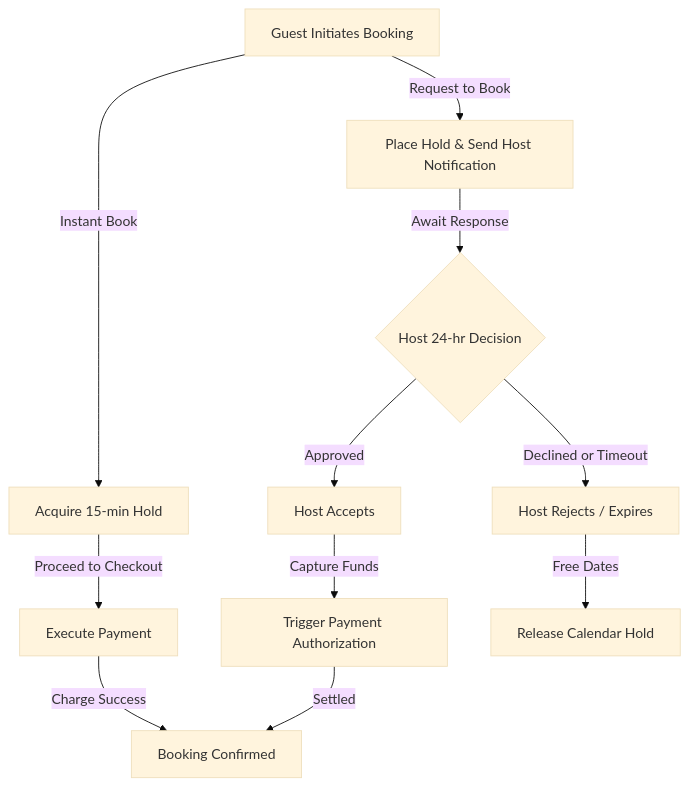
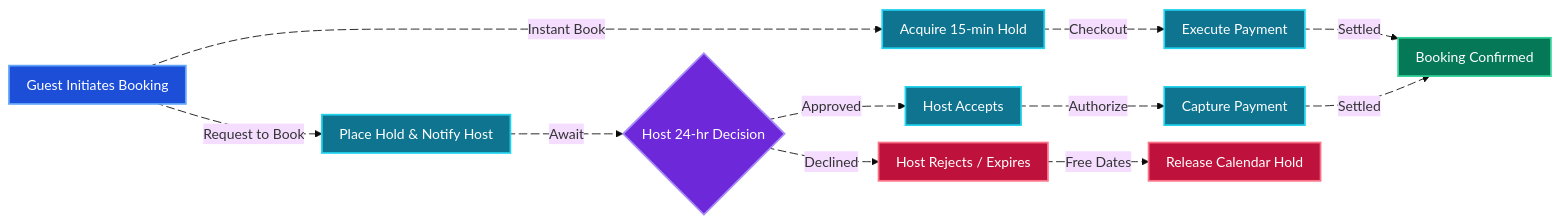
One commit to tarunbatta/tech-interview-prep changed the fifth of 5 diagrams in system-design/airbnb.md. Above: the diagram before and after it, drawn with Mermaid (base theme). The commit also changed other lines of this file and 30 other files, not shown here.

First line of the commit message:
docs(system-design): convert Mermaid flowcharts to LR with colors and animated edges

````diff
--- a/system-design/airbnb.md
+++ b/system-design/airbnb.md
@@ -347,23 +415,47 @@
 ```mermaid
-flowchart TD
+%%{init: {'flowchart': {'nodeSpacing': 20, 'rankSpacing': 40, 'padding': 10}}}%%
+flowchart LR
     Start["Guest Initiates Booking"]
     Hold15["Acquire 15-min Hold"]
     Pay["Execute Payment"]
     Confirmed["Booking Confirmed"]
-    HoldNotif["Place Hold & Send Host Notification"]
+    HoldNotif["Place Hold & Notify Host"]
     Decision{"Host 24-hr Decision"}
     Accept["Host Accepts"]
     Reject["Host Rejects / Expires"]
-    AuthPay["Trigger Payment Authorization"]
+    AuthPay["Capture Payment"]
     Release["Release Calendar Hold"]
-    Start -->|"Instant Book"| Hold15
-    Hold15 -->|"Proceed to Checkout"| Pay
-    Pay -->|"Charge Success"| Confirmed
-    Start -->|"Request to Book"| HoldNotif
-    HoldNotif -->|"Await Response"| Decision
-    Decision -->|"Approved"| Accept
-    Decision -->|"Declined or Timeout"| Reject
-    Accept -->|"Capture Funds"| AuthPay
-    AuthPay -->|"Settled"| Confirmed
-    Reject -->|"Free Dates"| Release
+    Start e1@-->|"Instant Book"| Hold15
+    Hold15 e2@-->|"Checkout"| Pay
+    Pay e3@-->|"Settled"| Confirmed
+    Start e4@-->|"Request to Book"| HoldNotif
+    HoldNotif e5@-->|"Await"| Decision
+    Decision e6@-->|"Approved"| Accept
+    Decision e7@-->|"Declined"| Reject
+    Accept e8@-->|"Authorize"| AuthPay
+    AuthPay e9@-->|"Settled"| Confirmed
+    Reject e10@-->|"Free Dates"| Release
+
+    e1@{ animate: true }
+    e2@{ animate: true }
+    e3@{ animate: true }
+    e4@{ animate: true }
+    e5@{ animate: true }
+    e6@{ animate: true }
+    e7@{ animate: true }
+    e8@{ animate: true }
+    e9@{ animate: true }
+    e10@{ animate: true }
+
+    classDef start fill:#1d4ed8,stroke:#60a5fa,stroke-width:2px,color:#ffffff
+    classDef step fill:#0e7490,stroke:#22d3ee,stroke-width:2px,color:#ffffff
+    classDef decision fill:#6d28d9,stroke:#a78bfa,stroke-width:2px,color:#ffffff
+    classDef success fill:#047857,stroke:#34d399,stroke-width:2px,color:#ffffff
+    classDef danger fill:#be123c,stroke:#fb7185,stroke-width:2px,color:#ffffff
+
+    class Start start
+    class Hold15,Pay,HoldNotif,Accept,AuthPay step
+    class Decision decision
+    class Confirmed success
+    class Reject,Release danger
 ```
````
